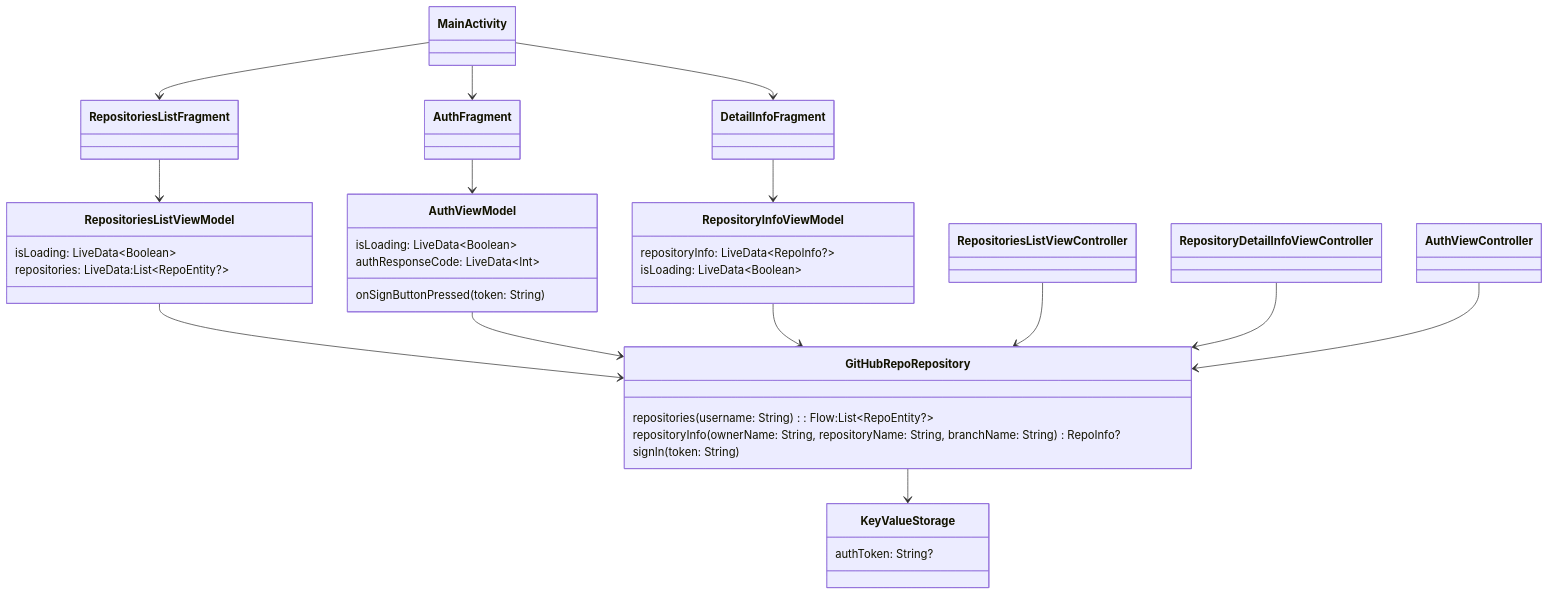
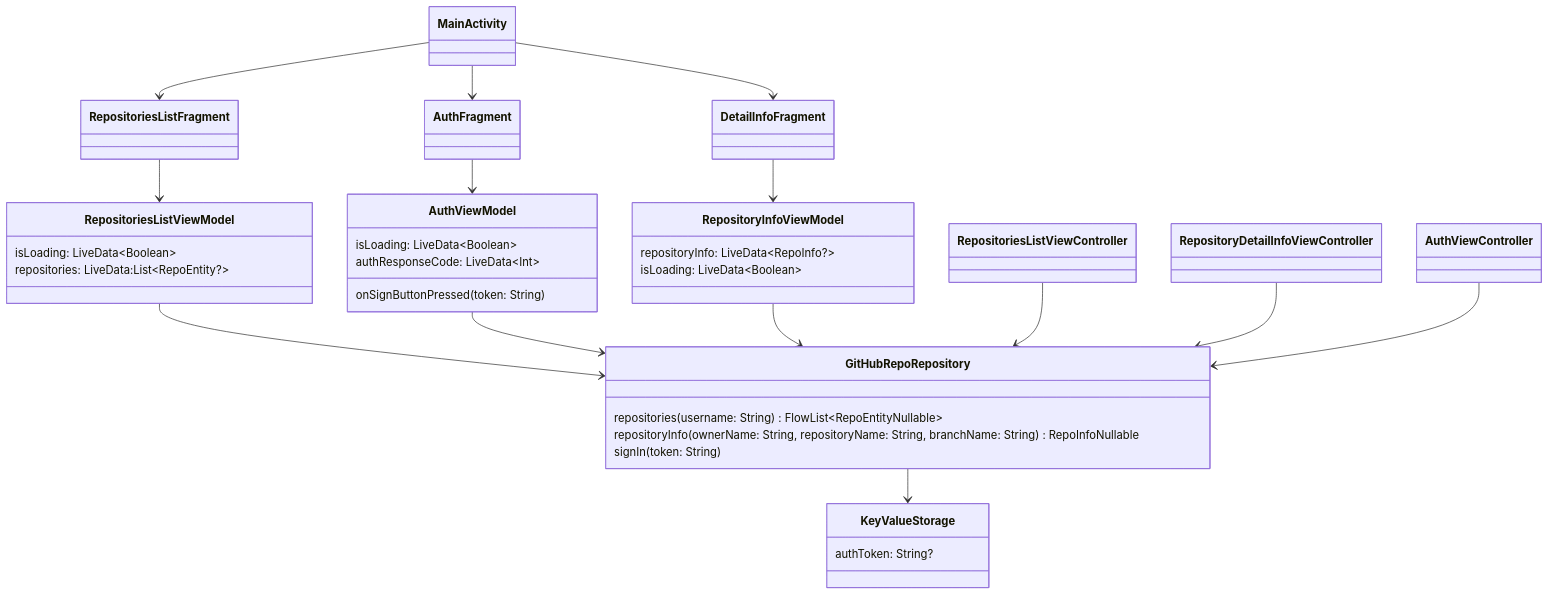
Before and after one commit to icerockdev/kmm.icerock.dev: the diagram in university/3-kotlin-multiplatform-mobile/practice.md, drawn with Mermaid. The commit also changed 2 other files, not shown here.

````diff
--- a/university/3-kotlin-multiplatform-mobile/practice.md
+++ b/university/3-kotlin-multiplatform-mobile/practice.md
@@ -31,56 +31,56 @@
 ```mermaid
 classDiagram
 
 class AuthViewModel:::android{
    isLoading: LiveData~Boolean~
    authResponseCode: LiveData~Int~
    onSignButtonPressed(token: String)
 }
    
 class RepositoryInfoViewModel:::android{
    repositoryInfo: LiveData~RepoInfo?~
    isLoading: LiveData~Boolean~
 }
    
 class RepositoriesListViewModel:::android {
    isLoading: LiveData~Boolean~
-   repositories: LiveData:List~RepoEntity?~
+   repositories: LiveData:List~RepoEntity?~  
 }
    
 class GitHubRepoRepository:::common {
-   repositories(username: String): Flow:List~RepoEntity?~
-   repositoryInfo(ownerName: String, repositoryName: String, branchName: String) RepoInfo?
+   repositories(username: String) FlowList~RepoEntityNullable~
+   repositoryInfo(ownerName: String, repositoryName: String, branchName: String) RepoInfoNullable
    signIn(token: String)
 }
 
 class KeyValueStorage:::common{
   authToken: String?
 }
 
 class MainActivity:::android
 class RepositoriesListFragment:::android
 class DetailInfoFragment:::android
 class AuthFragment:::android
 
 class RepositoriesListViewController:::ios
 class RepositoryDetailInfoViewController:::ios
 class AuthViewController:::ios
 
 MainActivity --> AuthFragment
 MainActivity --> RepositoriesListFragment
 MainActivity --> DetailInfoFragment
 
 RepositoriesListFragment --> RepositoriesListViewModel
 DetailInfoFragment --> RepositoryInfoViewModel
 AuthFragment --> AuthViewModel
    
 RepositoriesListViewModel --> GitHubRepoRepository
 AuthViewModel --> GitHubRepoRepository
 RepositoryInfoViewModel --> GitHubRepoRepository
        
 RepositoriesListViewController --> GitHubRepoRepository
 RepositoryDetailInfoViewController --> GitHubRepoRepository
 AuthViewController --> GitHubRepoRepository
 
 GitHubRepoRepository --> KeyValueStorage
 ```
````
